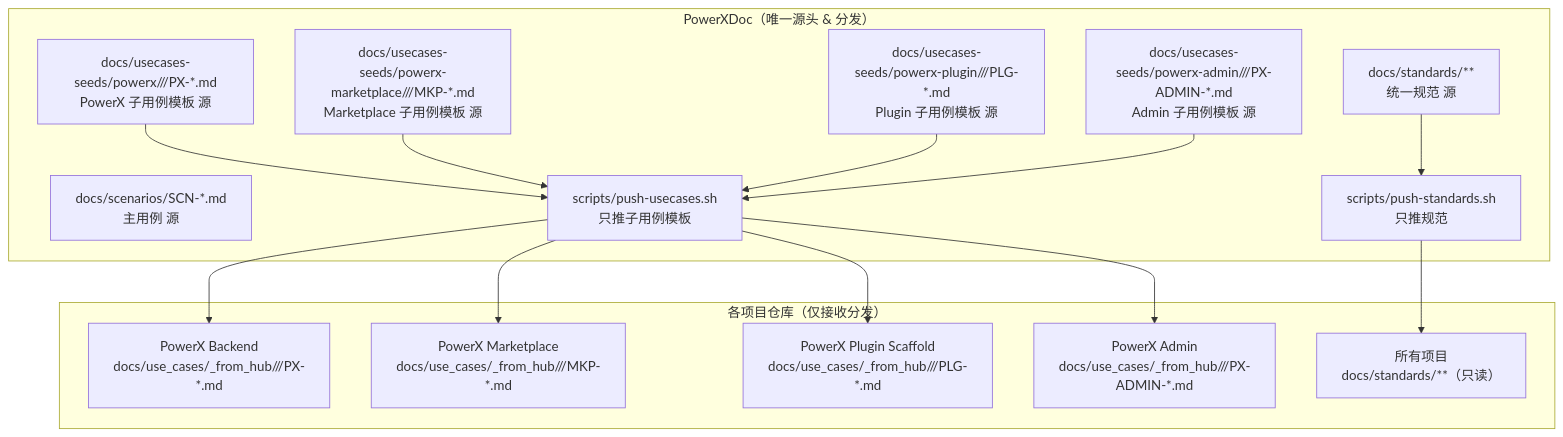
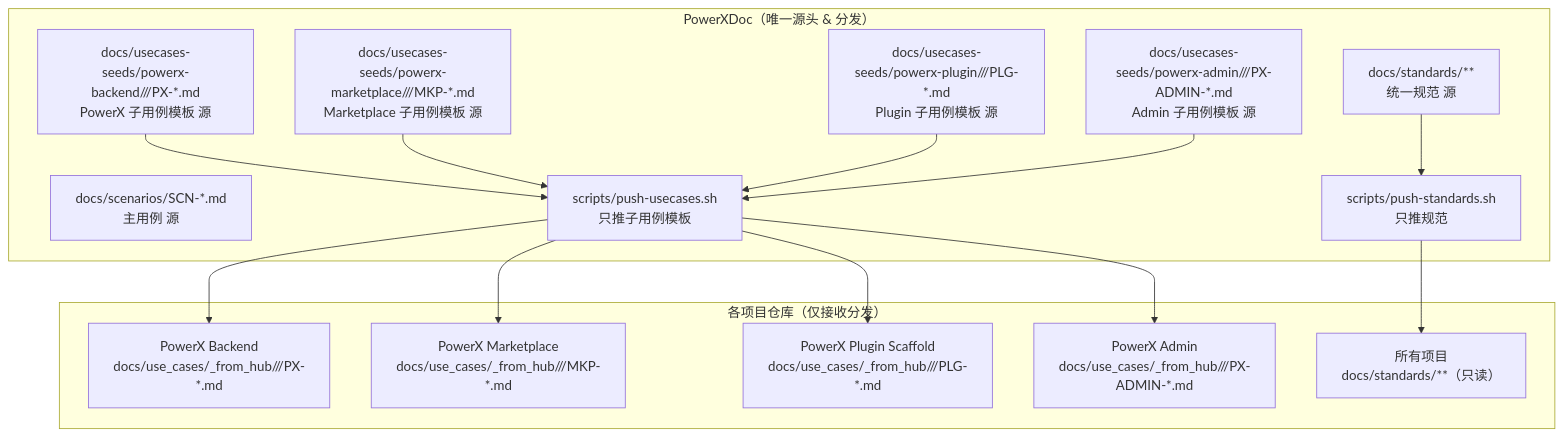
One commit to ArtisanCloud/PowerXDoc changed the first of 3 diagrams in docs/design/cross-repo-documentation.md. Above: the diagram before and after it, drawn with Mermaid. The commit also changed other lines of this file and 75 other files, not shown here.

````diff
--- a/docs/design/cross-repo-documentation.md
+++ b/docs/design/cross-repo-documentation.md
@@ -35,24 +34,24 @@
 ```mermaid
 flowchart TD
   subgraph Center["PowerXDoc（唯一源头 & 分发）"]
     S1["docs/scenarios/SCN-*.md<br/>主用例 源"]
-    U1["docs/usecases-seeds/powerx/<layer>/<domain>/PX-*.md<br/>PowerX 子用例模板 源"]
+    U1["docs/usecases-seeds/powerx-backend/<layer>/<domain>/PX-*.md<br/>PowerX 子用例模板 源"]
     U2["docs/usecases-seeds/powerx-marketplace/<layer>/<domain>/MKP-*.md<br/>Marketplace 子用例模板 源"]
     U3["docs/usecases-seeds/powerx-plugin/<layer>/<domain>/PLG-*.md<br/>Plugin 子用例模板 源"]
     U4["docs/usecases-seeds/powerx-admin/<layer>/<domain>/PX-ADMIN-*.md<br/>Admin 子用例模板 源"]
     T1["docs/standards/**<br/>统一规范 源"]
     P1["scripts/push-usecases.sh<br/>只推子用例模板"]
     P2["scripts/push-standards.sh<br/>只推规范"]
   end
 
   subgraph Repos["各项目仓库（仅接收分发）"]
     R1["PowerX Backend<br/>docs/use_cases/_from_hub/<layer>/<domain>/PX-*.md"]
     R2["PowerX Marketplace<br/>docs/use_cases/_from_hub/<layer>/<domain>/MKP-*.md"]
     R3["PowerX Plugin Scaffold<br/>docs/use_cases/_from_hub/<layer>/<domain>/PLG-*.md"]
     R4["PowerX Admin<br/>docs/use_cases/_from_hub/<layer>/<domain>/PX-ADMIN-*.md"]
     RS["所有项目<br/>docs/standards/**（只读）"]
   end
 
   U1 & U2 & U3 & U4 --> P1 --> R1 & R2 & R3 & R4
   T1 --> P2 --> RS
 ```
````
